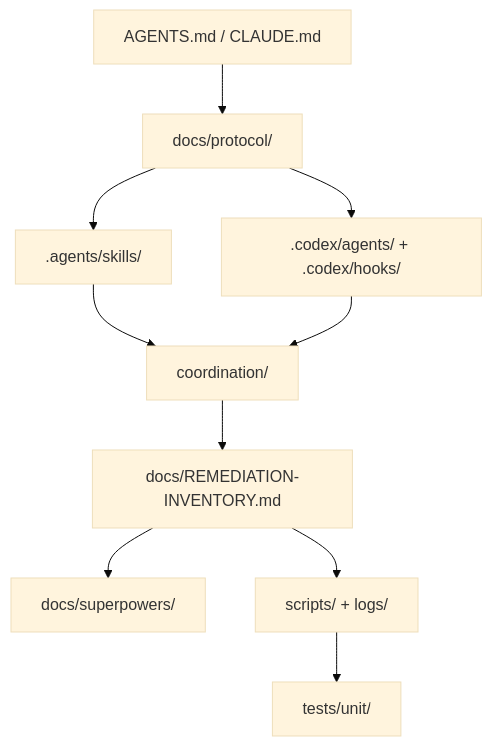
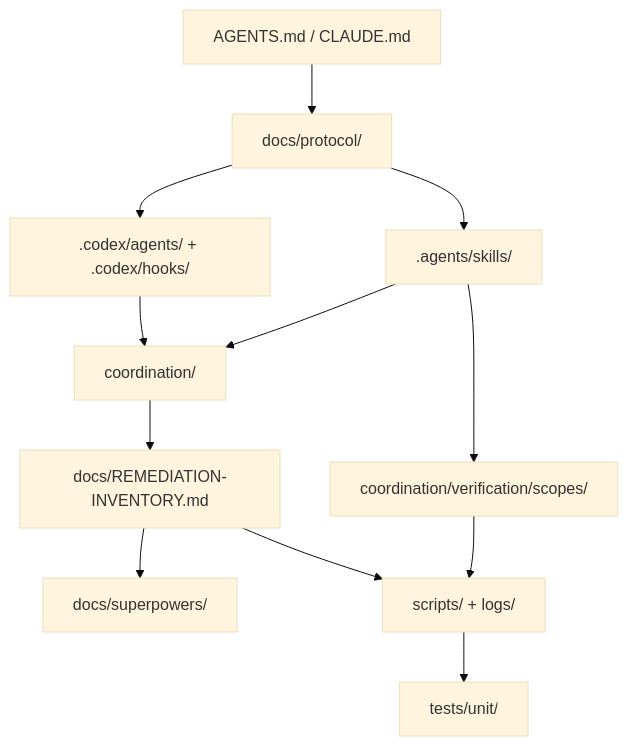
One commit to hkk009008-svg/governance-os changed the diagram in docs/protocol/protocol-assembly-map.md. Above: the diagram before and after it, drawn with Mermaid (base theme). The commit also changed other lines of this file and 26 other files, not shown here.

````diff
--- a/docs/protocol/protocol-assembly-map.md
+++ b/docs/protocol/protocol-assembly-map.md
@@ -10,22 +10,25 @@
 ```mermaid
 flowchart TD
     Root["AGENTS.md / CLAUDE.md"]
     Policy["docs/protocol/"]
     Skills[".agents/skills/"]
     Codex[".codex/agents/ + .codex/hooks/"]
+    Scope["coordination/verification/scopes/"]
     Ledger["coordination/"]
     Board["docs/REMEDIATION-INVENTORY.md"]
     Work["docs/superpowers/"]
     Evidence["scripts/ + logs/"]
     Tests["tests/unit/"]
 
     Root --> Policy
     Policy --> Skills
     Policy --> Codex
     Skills --> Ledger
     Codex --> Ledger
+    Skills --> Scope
+    Scope --> Evidence
     Ledger --> Board
     Board --> Work
     Board --> Evidence
     Evidence --> Tests
 ```
````
